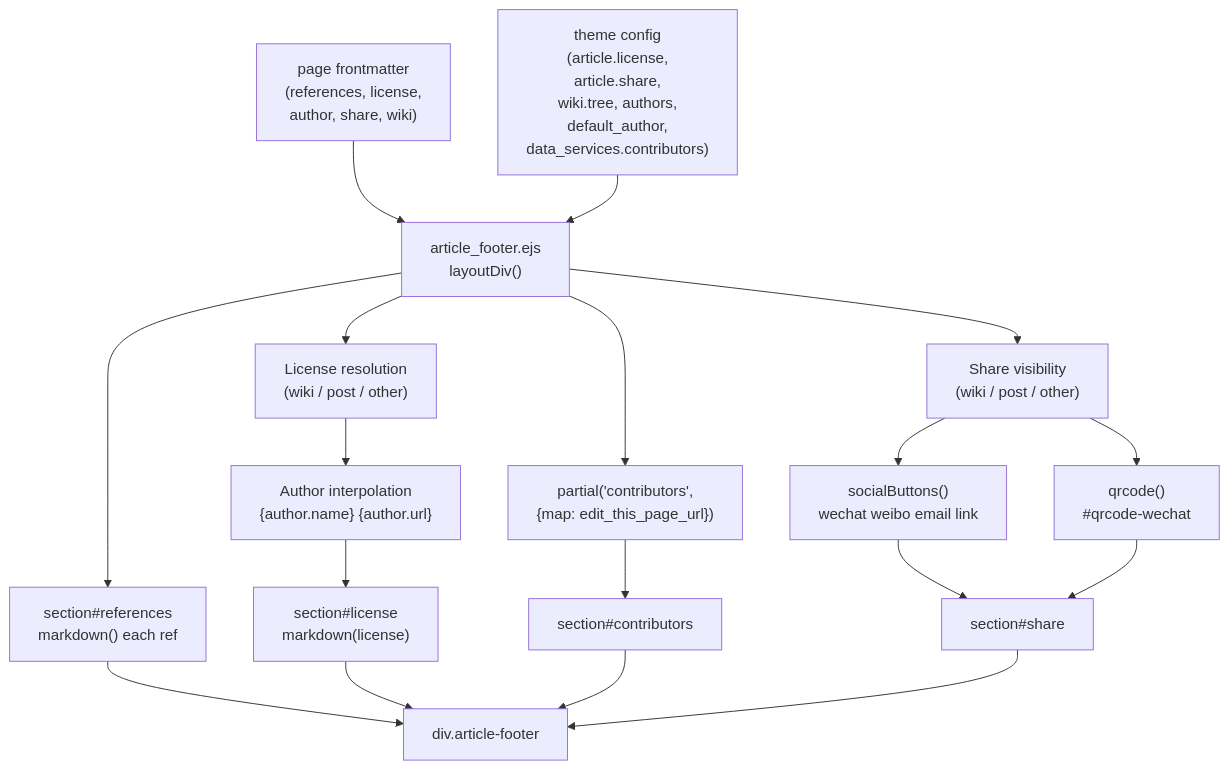
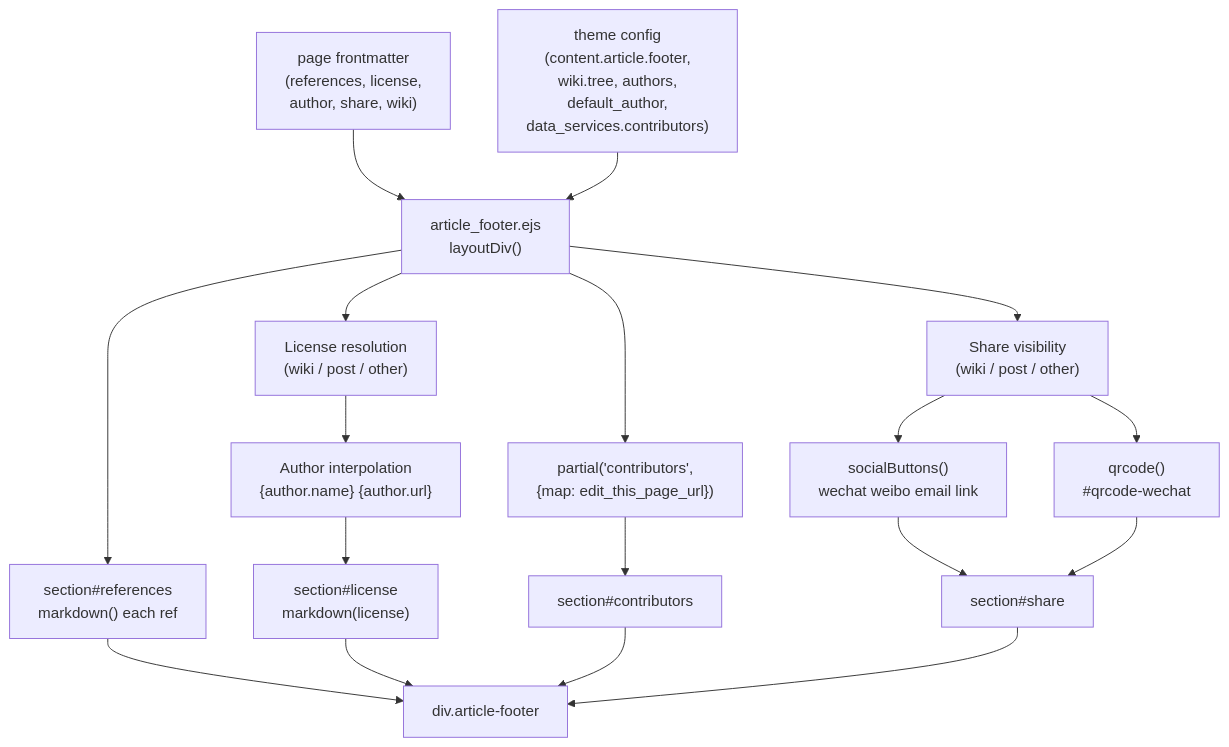
The fourth of 4 diagrams in docs/knowledge/03-内容系统/article-footer-metadata.md (xaoxuu/hexo-theme-stellar), drawn with Mermaid before and after one commit. The commit also changed other lines of this file and 50 other files, not shown here.

````diff
--- a/docs/knowledge/03-内容系统/article-footer-metadata.md
+++ b/docs/knowledge/03-内容系统/article-footer-metadata.md
@@ -297,28 +299,28 @@
 ```mermaid
 flowchart TD
   pageData["page frontmatter\n(references, license,\nauthor, share, wiki)"]
-  themeConfig["theme config\n(article.license,\narticle.share,\nwiki.tree, authors,\ndefault_author,\ndata_services.contributors)"]
+  themeConfig["theme config\n(content.article.footer,\nwiki.tree, authors,\ndefault_author,\ndata_services.contributors)"]
   ejs["article_footer.ejs\nlayoutDiv()"]
 
   secRef["section#references\nmarkdown() each ref"]
   licResolve["License resolution\n(wiki / post / other)"]
   authorInterp["Author interpolation\n{author.name} {author.url}"]
   secLic["section#license\nmarkdown(license)"]
   contribPartial["partial('contributors',\n{map: edit_this_page_url})"]
   secCon["section#contributors"]
   shareVis["Share visibility\n(wiki / post / other)"]
   socialBtns["socialButtons()\nwechat weibo email link"]
   qrcode["qrcode()\n#qrcode-wechat"]
   secShr["section#share"]
   output["div.article-footer"]
 
   pageData --> ejs
   themeConfig --> ejs
   ejs --> secRef
   ejs --> licResolve
   licResolve --> authorInterp --> secLic
   ejs --> contribPartial --> secCon
   ejs --> shareVis --> socialBtns --> secShr
   shareVis --> qrcode --> secShr
   secRef & secLic & secCon & secShr --> output
 ```
````
